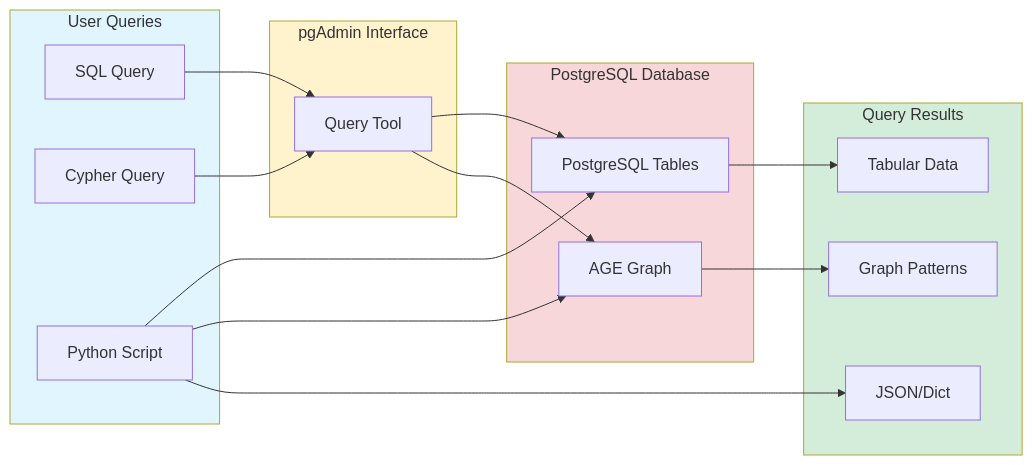
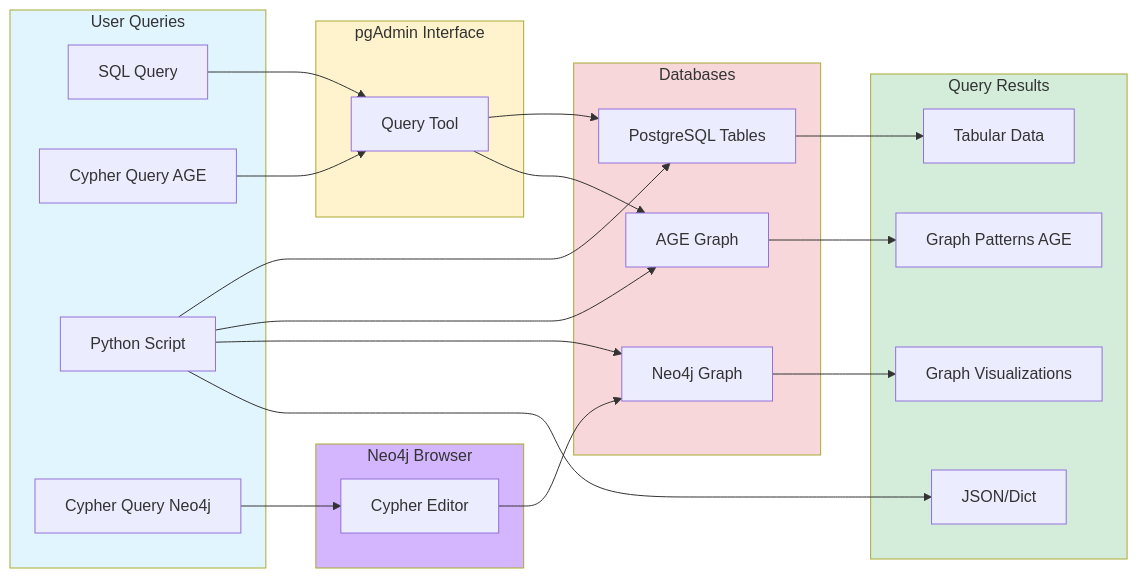
One commit to JaroWagener/test_cicd_mobilab changed the sixth of 7 diagrams in SETUP.md. Above: the diagram before and after it, drawn with Mermaid. The commit also changed other lines of this file, not shown here.

````diff
--- a/SETUP.md
+++ b/SETUP.md
@@ -1022,40 +1059,52 @@
 ```mermaid
 graph LR
     subgraph UserQueries["User Queries"]
         A1[SQL Query]
-        A2[Cypher Query]
+        A2[Cypher Query AGE]
         A3[Python Script]
+        A4[Cypher Query Neo4j]
     end
     
     subgraph pgAdmin["pgAdmin Interface"]
         B1[Query Tool]
     end
     
-    subgraph Database["PostgreSQL Database"]
+    subgraph NeoBrowser["Neo4j Browser"]
+        B2[Cypher Editor]
+    end
+    
+    subgraph Database["Databases"]
         C1[PostgreSQL Tables]
         C2[AGE Graph]
+        C3[Neo4j Graph]
     end
     
     subgraph Results["Query Results"]
         D1[Tabular Data]
-        D2[Graph Patterns]
+        D2[Graph Patterns AGE]
         D3[JSON/Dict]
+        D4[Graph Visualizations]
     end
     
     A1 --> B1
     A2 --> B1
+    A4 --> B2
     A3 --> C1
     A3 --> C2
+    A3 --> C3
     
     B1 --> C1
     B1 --> C2
+    B2 --> C3
     
     C1 --> D1
     C2 --> D2
+    C3 --> D4
     A3 --> D3
     
     style UserQueries fill:#e1f5ff
     style pgAdmin fill:#fff3cd
+    style NeoBrowser fill:#d4b5ff
     style Database fill:#f8d7da
     style Results fill:#d4edda
 ```
````
